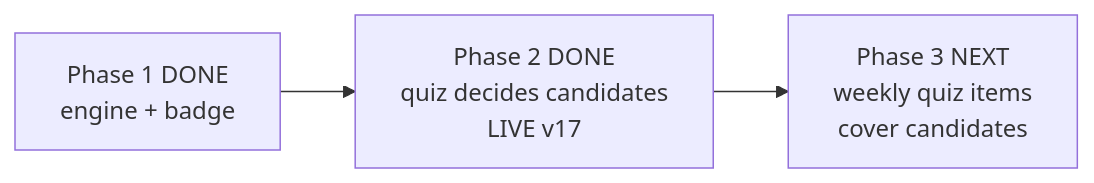
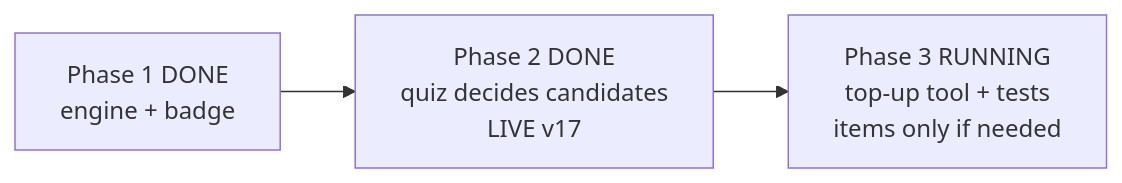
One commit to dkreinov/magic-clinic-english changed the diagram in .oplan/word-g1/STATUS.md. Above: the diagram before and after it, drawn with Mermaid. The commit also changed other lines of this file and 4 other files, not shown here.

````diff
--- a/.oplan/word-g1/STATUS.md
+++ b/.oplan/word-g1/STATUS.md
@@ -15,5 +15,5 @@
 ```mermaid
 flowchart LR
     A[Phase 1 DONE<br/>engine + badge] --> B[Phase 2 DONE<br/>quiz decides candidates<br/>LIVE v17]
-    B --> C[Phase 3 NEXT<br/>weekly quiz items<br/>cover candidates]
+    B --> C[Phase 3 RUNNING<br/>top-up tool + tests<br/>items only if needed]
 ```
````
